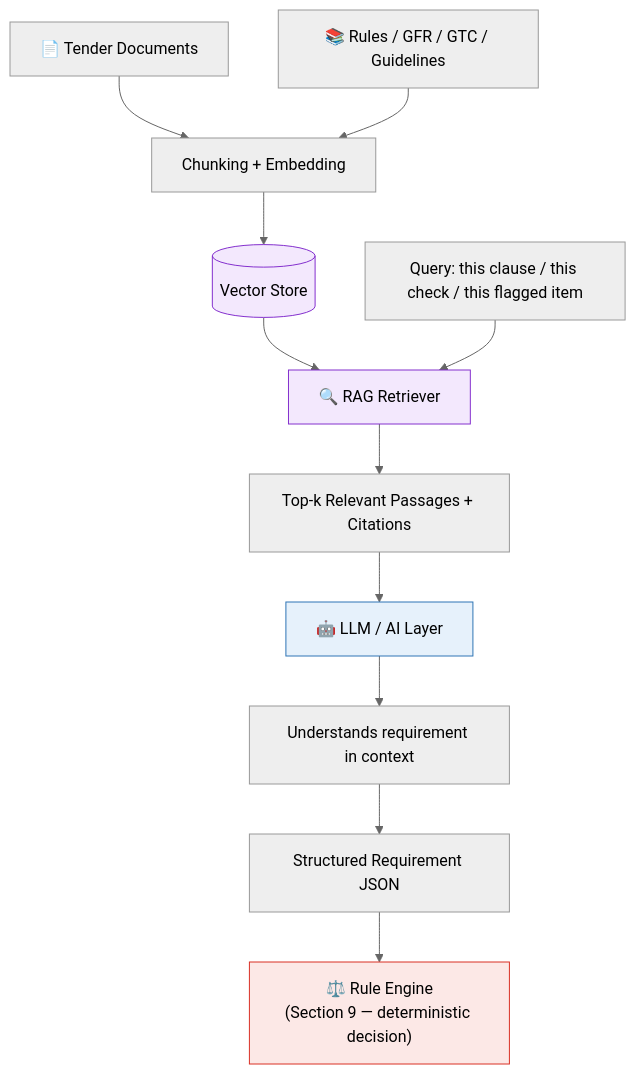
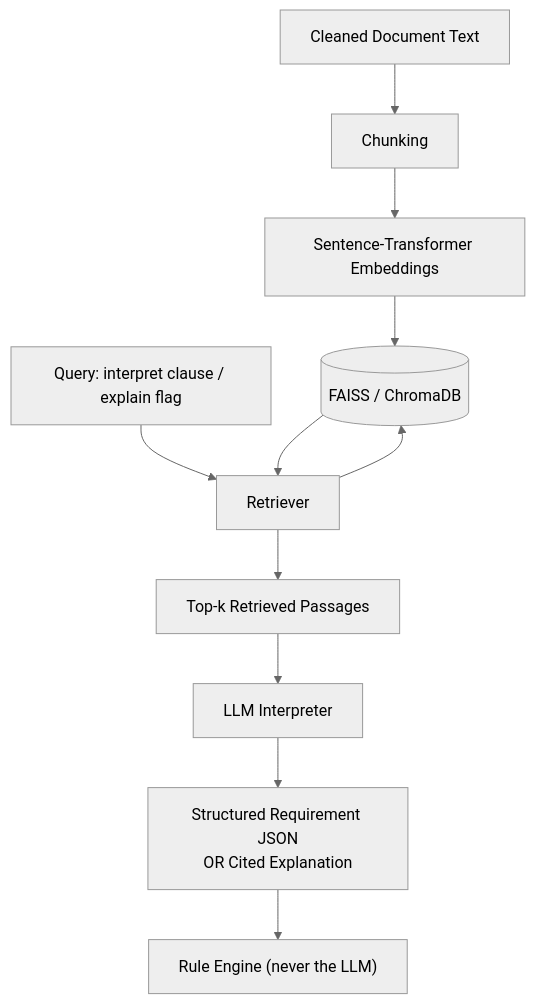
The third of 8 diagrams in architecture.md (IshanWankhede/BidVerify-AI), drawn with Mermaid (neutral theme) before and after one commit. The commit also changed other lines of this file and 11 other files, not shown here.

````diff
--- a/architecture.md
+++ b/architecture.md
@@ -166,18 +143,13 @@
 ```mermaid
 flowchart TD
-    A[📄 Tender Documents] --> C[Chunking + Embedding]
-    B[📚 Rules / GFR / GTC / Guidelines] --> C
-    C --> D[(Vector Store)]
-    D --> E[🔍 RAG Retriever]
-    Q[Query: this clause / this check / this flagged item] --> E
-    E --> F[Top-k Relevant Passages + Citations]
-    F --> G[🤖 LLM / AI Layer]
-    G --> H[Understands requirement in context]
-    H --> I[Structured Requirement JSON]
-    I --> J["⚖️ Rule Engine<br/>(Section 9 — deterministic decision)"]
-
-    style D fill:#f3e8fd,stroke:#8430ce
-    style E fill:#f3e8fd,stroke:#8430ce
-    style G fill:#e6f1fb,stroke:#2e74b5
-    style J fill:#fce8e6,stroke:#d93025
+    A[Cleaned Document Text] --> B[Chunking]
+    B --> C[Sentence-Transformer Embeddings]
+    C --> D[(FAISS / ChromaDB)]
+    E[Query: interpret clause / explain flag] --> F[Retriever]
+    F --> D
+    D --> F
+    F --> G[Top-k Retrieved Passages]
+    G --> H[LLM Interpreter]
+    H --> I[Structured Requirement JSON<br/>OR Cited Explanation]
+    I --> J["Rule Engine (never the LLM)"]
 ```
````
